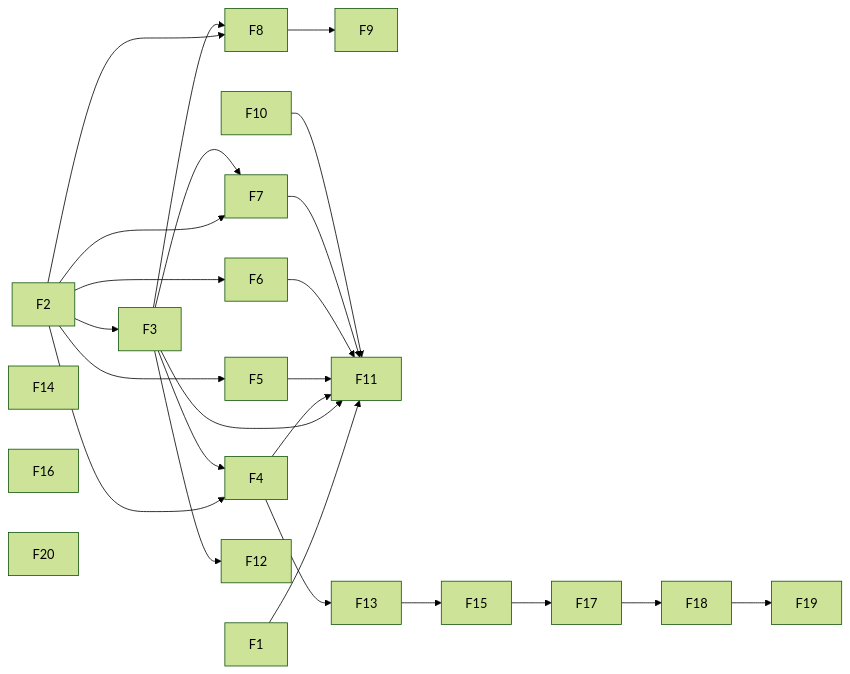
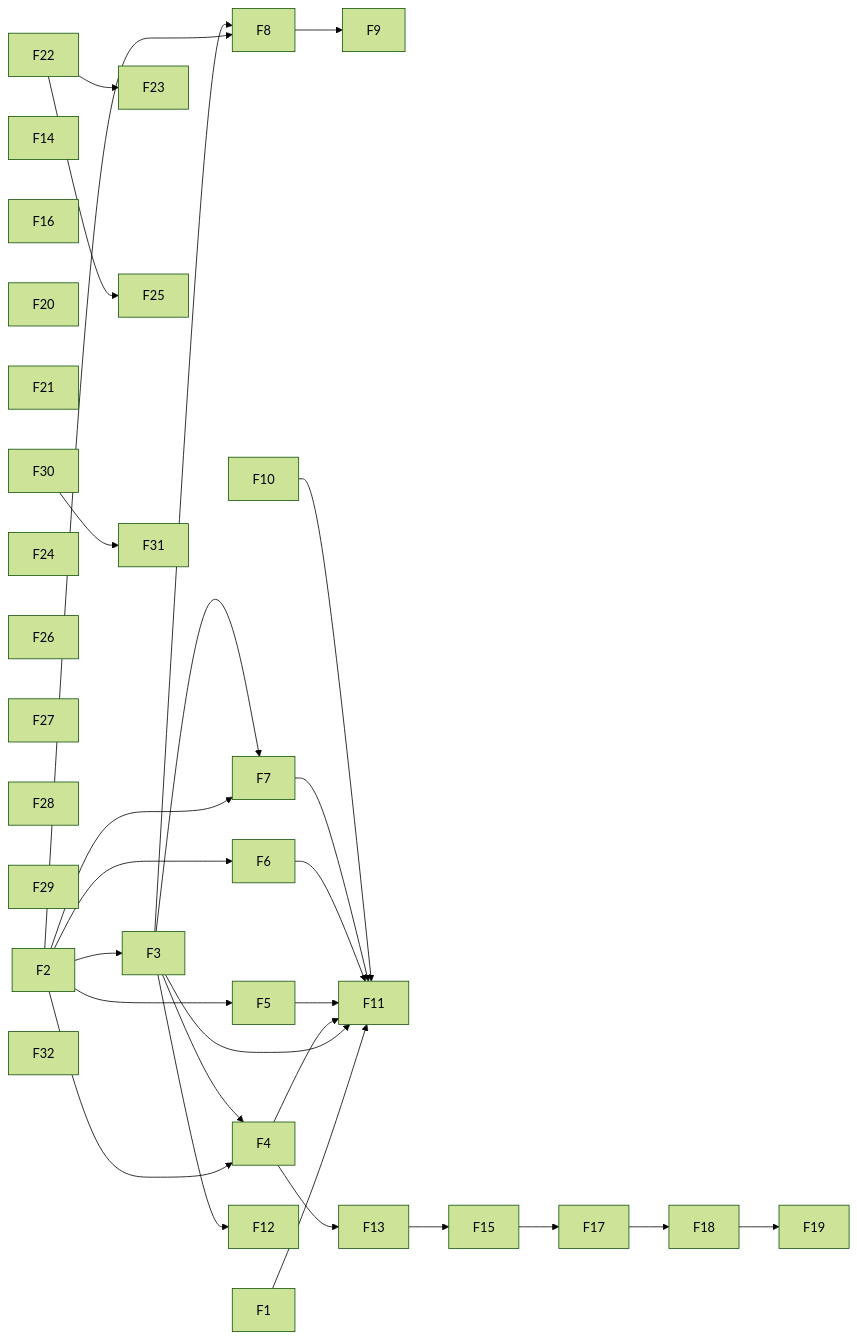
Before and after one commit to jhoblitt/rgw-go: the third of 11 diagrams in docs/superpowers/plans/2026-10-13-phase-2/dependencies.md, drawn with Mermaid (forest theme). The commit also changed other lines of this file and 5 other files, not shown here.

````diff
--- a/docs/superpowers/plans/2026-10-13-phase-2/dependencies.md
+++ b/docs/superpowers/plans/2026-10-13-phase-2/dependencies.md
@@ -167,6 +200,18 @@
   t_F18["F18"]
   t_F19["F19"]
   t_F20["F20"]
+  t_F21["F21"]
+  t_F22["F22"]
+  t_F23["F23"]
+  t_F24["F24"]
+  t_F25["F25"]
+  t_F26["F26"]
+  t_F27["F27"]
+  t_F28["F28"]
+  t_F29["F29"]
+  t_F30["F30"]
+  t_F31["F31"]
+  t_F32["F32"]
   t_F2 --> t_F3
   t_F2 --> t_F4
   t_F3 --> t_F4
@@ -190,6 +235,9 @@
   t_F15 --> t_F17
   t_F17 --> t_F18
   t_F18 --> t_F19
+  t_F22 --> t_F23
+  t_F22 --> t_F25
+  t_F30 --> t_F31
   click t_F1 href "https://github.com/jhoblitt/rgw-go/blob/main/docs/superpowers/plans/2026-10-13-phase-2/F-floor-19.2.7.md#task-f1-docs-the-specs-squid-floor-is-v1927" "F1: docs, the spec's Squid floor is v19.2.7"
   click t_F2 href "https://github.com/jhoblitt/rgw-go/blob/main/docs/superpowers/plans/2026-10-13-phase-2/F-floor-19.2.7.md#task-f2-docs-the-registry-at-v1927" "F2: docs, the registry at v19.2.7"
   click t_F3 href "https://github.com/jhoblitt/rgw-go/blob/main/docs/superpowers/plans/2026-10-13-phase-2/F-floor-19.2.7.md#task-f3-docs-the-exclusions-at-v1927" "F3: docs, the exclusions at v19.2.7"
@@ -210,4 +258,16 @@
   click t_F18 href "https://github.com/jhoblitt/rgw-go/blob/main/docs/superpowers/plans/2026-10-13-phase-2/F-floor-19.2.7.md#task-f18-auth-authz-and-s3-the-s3-api-reads-x-amz--headers-only" "F18: auth, authz and s3, the S3 API reads X-Amz- headers only"
   click t_F19 href "https://github.com/jhoblitt/rgw-go/blob/main/docs/superpowers/plans/2026-10-13-phase-2/F-floor-19.2.7.md#task-f19-auth-and-s3-a-header-signed-sigv2-request-takes-no-unsigned-query-metadata-or-encryption" "F19: auth and s3, a header-signed SigV2 request takes no unsigned query metadata or encryption"
   click t_F20 href "https://github.com/jhoblitt/rgw-go/blob/main/docs/superpowers/plans/2026-10-13-phase-2/F-floor-19.2.7.md#task-f20-s3-putobject-parses-partnumber-as-radosgw-does" "F20: s3, PutObject parses partNumber as radosgw does"
+  click t_F21 href "https://github.com/jhoblitt/rgw-go/blob/main/docs/superpowers/plans/2026-10-13-phase-2/F-floor-19.2.7.md#task-f21-auth-the-signature-and-dispatch-read-one-query" "F21: auth, the signature and dispatch read one query"
+  click t_F22 href "https://github.com/jhoblitt/rgw-go/blob/main/docs/superpowers/plans/2026-10-13-phase-2/F-floor-19.2.7.md#task-f22-auth-and-s3-a-sigv2-requests-op-is-one-its-signature-names" "F22: auth and s3, a SigV2 request's op is one its signature names"
+  click t_F23 href "https://github.com/jhoblitt/rgw-go/blob/main/docs/superpowers/plans/2026-10-13-phase-2/F-floor-19.2.7.md#task-f23-auth-and-admin-sigv2-on-the-admin-api" "F23: auth and admin, SigV2 on the admin API"
+  click t_F24 href "https://github.com/jhoblitt/rgw-go/blob/main/docs/superpowers/plans/2026-10-13-phase-2/F-floor-19.2.7.md#task-f24-admin-an-admin-requests-op-does-not-depend-on-the-order-of-its-query" "F24: admin, an admin request's op does not depend on the order of its query"
+  click t_F25 href "https://github.com/jhoblitt/rgw-go/blob/main/docs/superpowers/plans/2026-10-13-phase-2/F-floor-19.2.7.md#task-f25-auth-sigv2s-canonical-resource-writes-policy-wherever-the-query-names-it" "F25: auth, SigV2's canonical resource writes `policy` wherever the query names it"
+  click t_F26 href "https://github.com/jhoblitt/rgw-go/blob/main/docs/superpowers/plans/2026-10-13-phase-2/F-floor-19.2.7.md#task-f26-op-and-s3-a-content-md5-binds-the-body-of-a-parameter-document" "F26: op and s3, a Content-MD5 binds the body of a parameter document"
+  click t_F27 href "https://github.com/jhoblitt/rgw-go/blob/main/docs/superpowers/plans/2026-10-13-phase-2/F-floor-19.2.7.md#task-f27-formatter-and-admin-a-tags-key-is-never-written-as-markup" "F27: formatter and admin, a tag's key is never written as markup"
+  click t_F28 href "https://github.com/jhoblitt/rgw-go/blob/main/docs/superpowers/plans/2026-10-13-phase-2/F-floor-19.2.7.md#task-f28-driver-a-bucket-instance-put-bounds-a-new-instances-shard-count" "F28: driver, a bucket instance put bounds a new instance's shard count"
+  click t_F29 href "https://github.com/jhoblitt/rgw-go/blob/main/docs/superpowers/plans/2026-10-13-phase-2/F-floor-19.2.7.md#task-f29-op-and-admin-the-usage-listing-renders-as-it-reads" "F29: op and admin, the usage listing renders as it reads"
+  click t_F30 href "https://github.com/jhoblitt/rgw-go/blob/main/docs/superpowers/plans/2026-10-13-phase-2/F-floor-19.2.7.md#task-f30-frontend-a-read-no-handler-makes-has-a-deadline-and-options--reaches-the-handler" "F30: frontend, a read no handler makes has a deadline, and `OPTIONS *` reaches the handler"
+  click t_F31 href "https://github.com/jhoblitt/rgw-go/blob/main/docs/superpowers/plans/2026-10-13-phase-2/F-floor-19.2.7.md#task-f31-frontend-the-connection-of-a-request-that-names-two-framings-is-not-reused" "F31: frontend, the connection of a request that names two framings is not reused"
+  click t_F32 href "https://github.com/jhoblitt/rgw-go/blob/main/docs/superpowers/plans/2026-10-13-phase-2/F-floor-19.2.7.md#task-f32-frontend-what-nethttp-answers-or-rewrites-before-a-handler-is-recorded-and-pinned" "F32: frontend, what net/http answers or rewrites before a handler is recorded and pinned"
 ```
````
